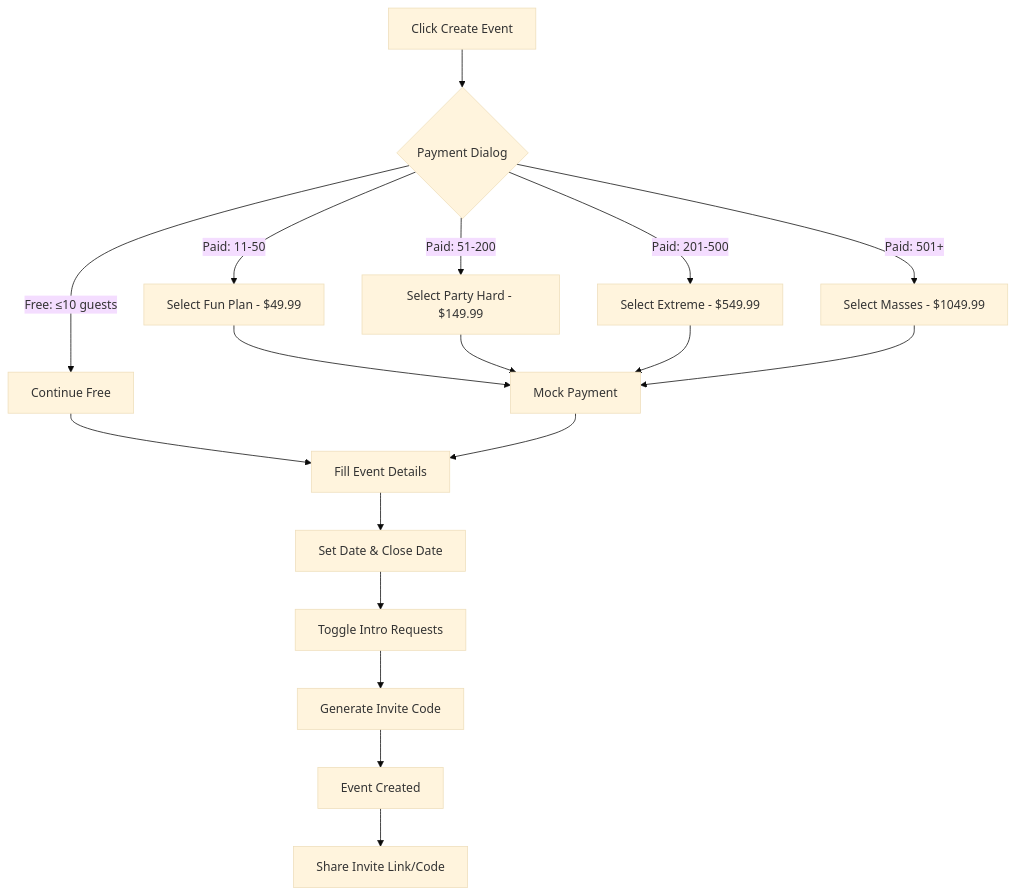
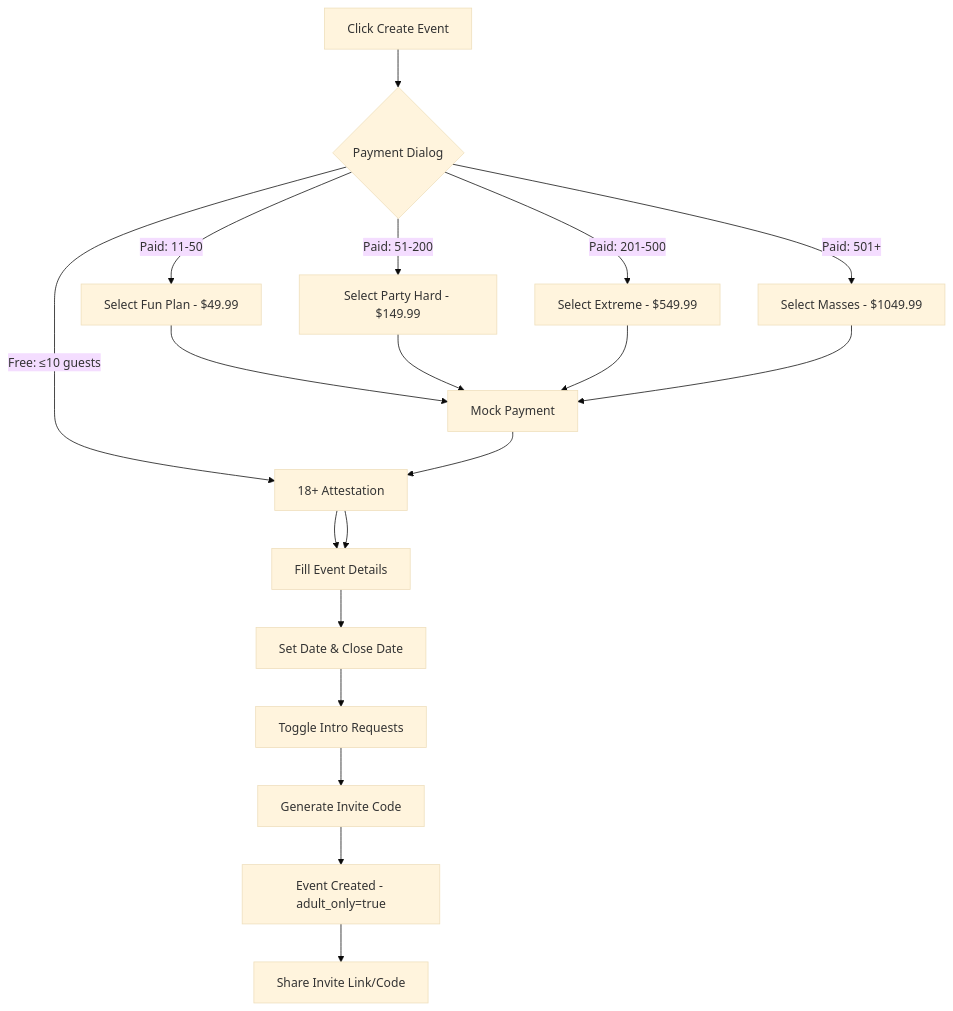
One commit to ketochiesesoyyo/konfetti-capacitor-integration changed the second of 7 diagrams in PRODUCT_REQUIREMENTS_DOCUMENT.md. Above: the diagram before and after it, drawn with Mermaid (base theme). The commit also changed other lines of this file, not shown here.

````diff
--- a/PRODUCT_REQUIREMENTS_DOCUMENT.md
+++ b/PRODUCT_REQUIREMENTS_DOCUMENT.md
@@ -860,20 +1140,21 @@
 ```mermaid
 graph TD
     A[Click Create Event] --> B{Payment Dialog}
-    B --> |Free: ≤10 guests| C[Continue Free]
+    B --> |Free: ≤10 guests| C[18+ Attestation]
     B --> |Paid: 11-50| D[Select Fun Plan - $49.99]
     B --> |Paid: 51-200| E[Select Party Hard - $149.99]
     B --> |Paid: 201-500| F[Select Extreme - $549.99]
     B --> |Paid: 501+| G[Select Masses - $1049.99]
     C --> H[Fill Event Details]
     D --> I[Mock Payment]
     E --> I
     F --> I
     G --> I
-    I --> H
+    I --> C
+    C --> H
     H --> J[Set Date & Close Date]
     J --> K[Toggle Intro Requests]
     K --> L[Generate Invite Code]
-    L --> M[Event Created]
+    L --> M[Event Created - adult_only=true]
     M --> N[Share Invite Link/Code]
 ```
````
